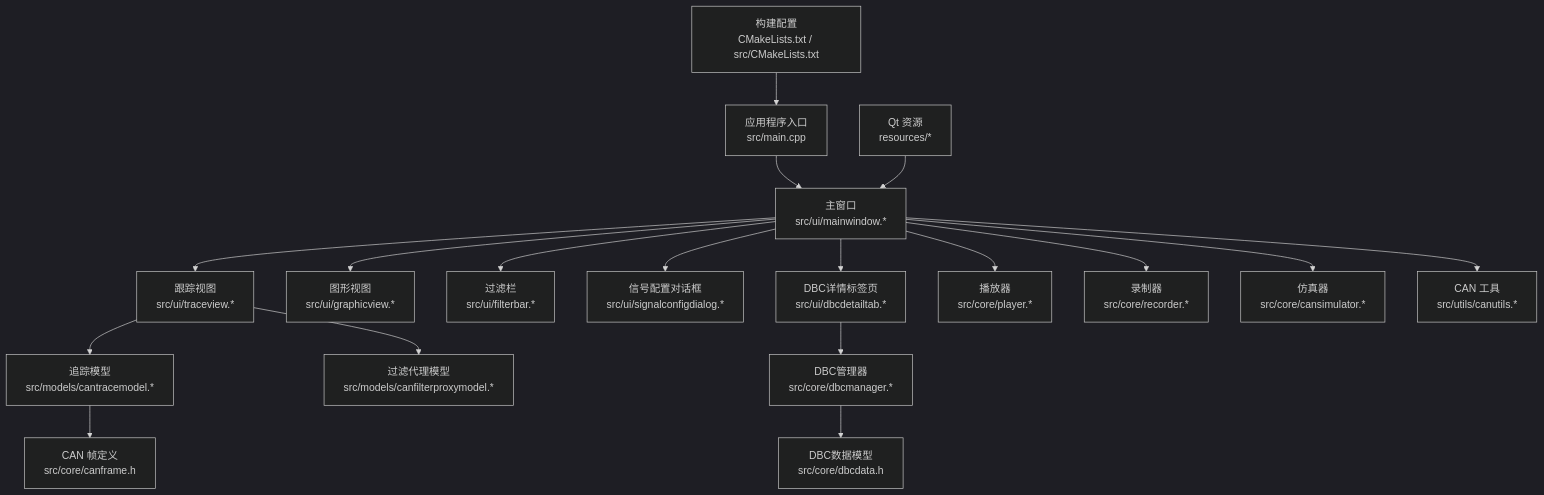
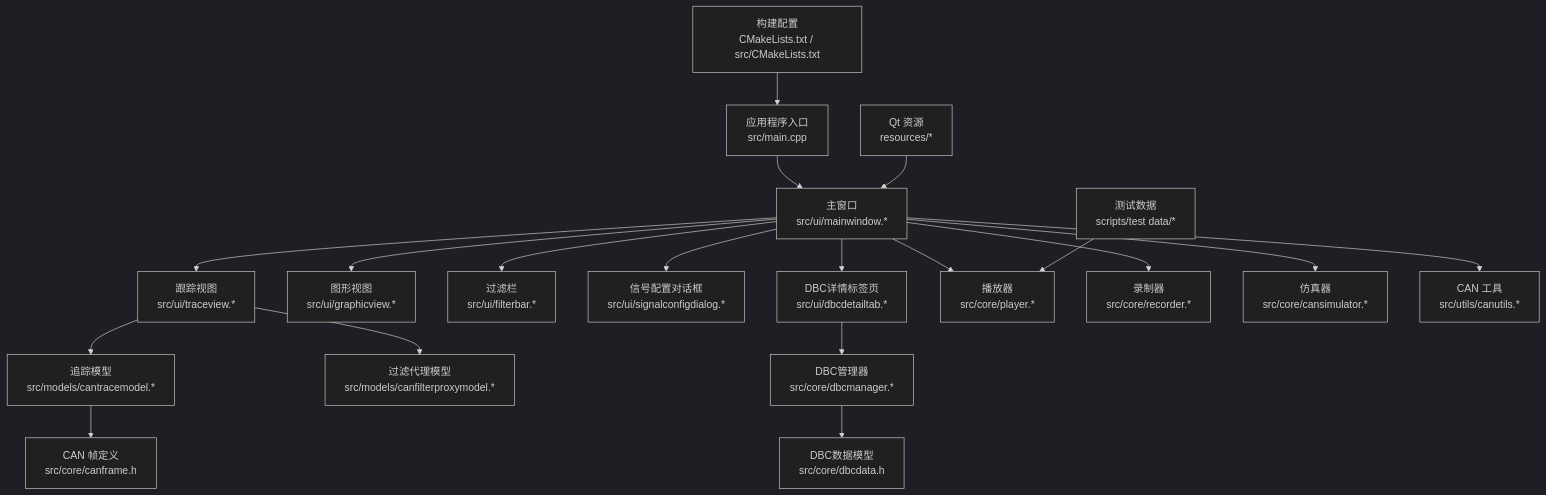
The first of 8 diagrams in .qoder/repowiki/zh/content/项目概述/CAN总线分析工具.md (jakecai1225-design/OpenBus), drawn with Mermaid (dark theme) before and after one commit. The commit also changed other lines of this file and 15 other files, not shown here.

Commit message:
分离试图 拓扑图

````diff
--- a/.qoder/repowiki/zh/content/项目概述/CAN总线分析工具.md
+++ b/.qoder/repowiki/zh/content/项目概述/CAN总线分析工具.md
@@ -73,20 +73,21 @@
 ```mermaid
 graph TB
 A["应用程序入口<br/>src/main.cpp"] --> B["主窗口<br/>src/ui/mainwindow.*"]
 B --> C["跟踪视图<br/>src/ui/traceview.*"]
 B --> D["图形视图<br/>src/ui/graphicview.*"]
 B --> E["过滤栏<br/>src/ui/filterbar.*"]
 B --> F["信号配置对话框<br/>src/ui/signalconfigdialog.*"]
 B --> G["DBC详情标签页<br/>src/ui/dbcdetailtab.*"]
 C --> H["追踪模型<br/>src/models/cantracemodel.*"]
 C --> I["过滤代理模型<br/>src/models/canfilterproxymodel.*"]
 G --> J["DBC管理器<br/>src/core/dbcmanager.*"]
 H --> K["CAN 帧定义<br/>src/core/canframe.h"]
 J --> L["DBC数据模型<br/>src/core/dbcdata.h"]
 B --> M["播放器<br/>src/core/player.*"]
 B --> N["录制器<br/>src/core/recorder.*"]
 B --> O["仿真器<br/>src/core/cansimulator.*"]
 B --> P["CAN 工具<br/>src/utils/canutils.*"]
 Q["构建配置<br/>CMakeLists.txt / src/CMakeLists.txt"] --> A
 R["Qt 资源<br/>resources/*"] --> B
+S["测试数据<br/>scripts/test data/*"] --> M
 ```
````
